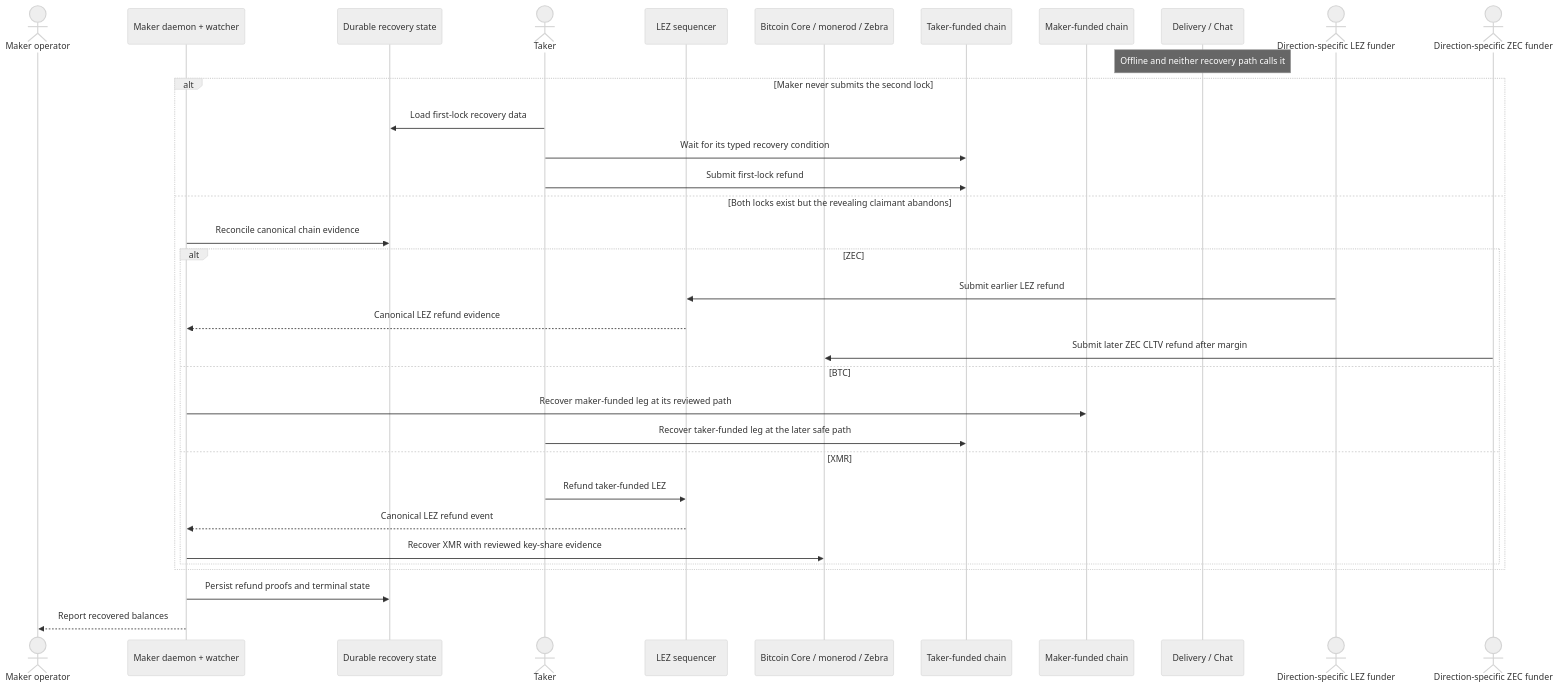
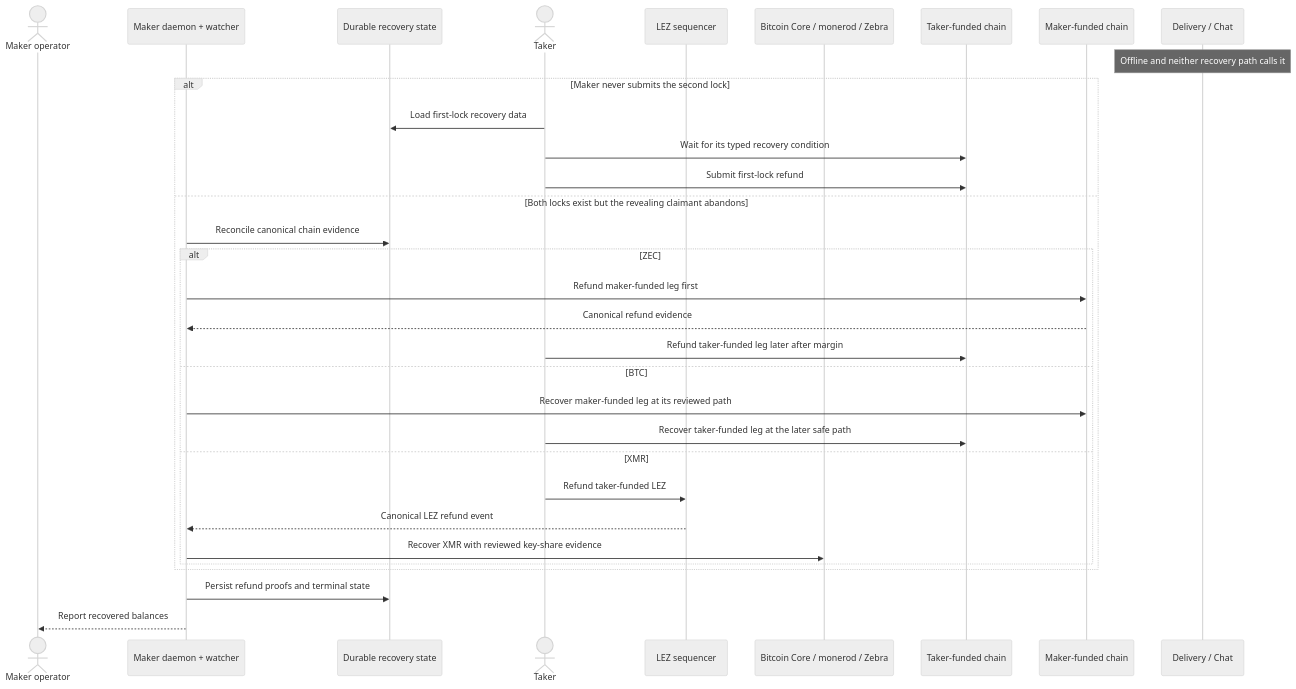
One commit to gateway-fm/lez-atomic-swaps changed diagram 23 of 25 in docs/architecture/system-architecture.md. Above: the diagram before and after it, drawn with Mermaid (neutral theme). The commit also changed other lines of this file and 14 other files, not shown here.

Commit message:
docs: ADR 0216, ZEC follows the common flow; deviation from RFP-003 F4 in TakerSellsLez

````diff
--- a/docs/architecture/system-architecture.md
+++ b/docs/architecture/system-architecture.md
@@ -2461,37 +2471,35 @@
 ```mermaid
 sequenceDiagram
     actor Maker as Maker operator
     participant Daemon as Maker daemon + watcher
     participant Store as Durable recovery state
     actor Taker
     participant LEZ as LEZ sequencer
     participant Foreign as Bitcoin Core / monerod / Zebra
     participant TakerLeg as Taker-funded chain
     participant MakerLeg as Maker-funded chain
     participant Chat as Delivery / Chat
-    actor LezFunder as Direction-specific LEZ funder
-    actor ZecFunder as Direction-specific ZEC funder
 
     Note over Chat: Offline and neither recovery path calls it
     alt Maker never submits the second lock
         Taker->>Store: Load first-lock recovery data
         Taker->>TakerLeg: Wait for its typed recovery condition
         Taker->>TakerLeg: Submit first-lock refund
     else Both locks exist but the revealing claimant abandons
         Daemon->>Store: Reconcile canonical chain evidence
         alt ZEC
-            LezFunder->>LEZ: Submit earlier LEZ refund
-            LEZ-->>Daemon: Canonical LEZ refund evidence
-            ZecFunder->>Foreign: Submit later ZEC CLTV refund after margin
+            Daemon->>MakerLeg: Refund maker-funded leg first
+            MakerLeg-->>Daemon: Canonical refund evidence
+            Taker->>TakerLeg: Refund taker-funded leg later after margin
         else BTC
             Daemon->>MakerLeg: Recover maker-funded leg at its reviewed path
             Taker->>TakerLeg: Recover taker-funded leg at the later safe path
         else XMR
             Taker->>LEZ: Refund taker-funded LEZ
             LEZ-->>Daemon: Canonical LEZ refund event
             Daemon->>Foreign: Recover XMR with reviewed key-share evidence
         end
     end
     Daemon->>Store: Persist refund proofs and terminal state
     Daemon-->>Maker: Report recovered balances
 ```
````
